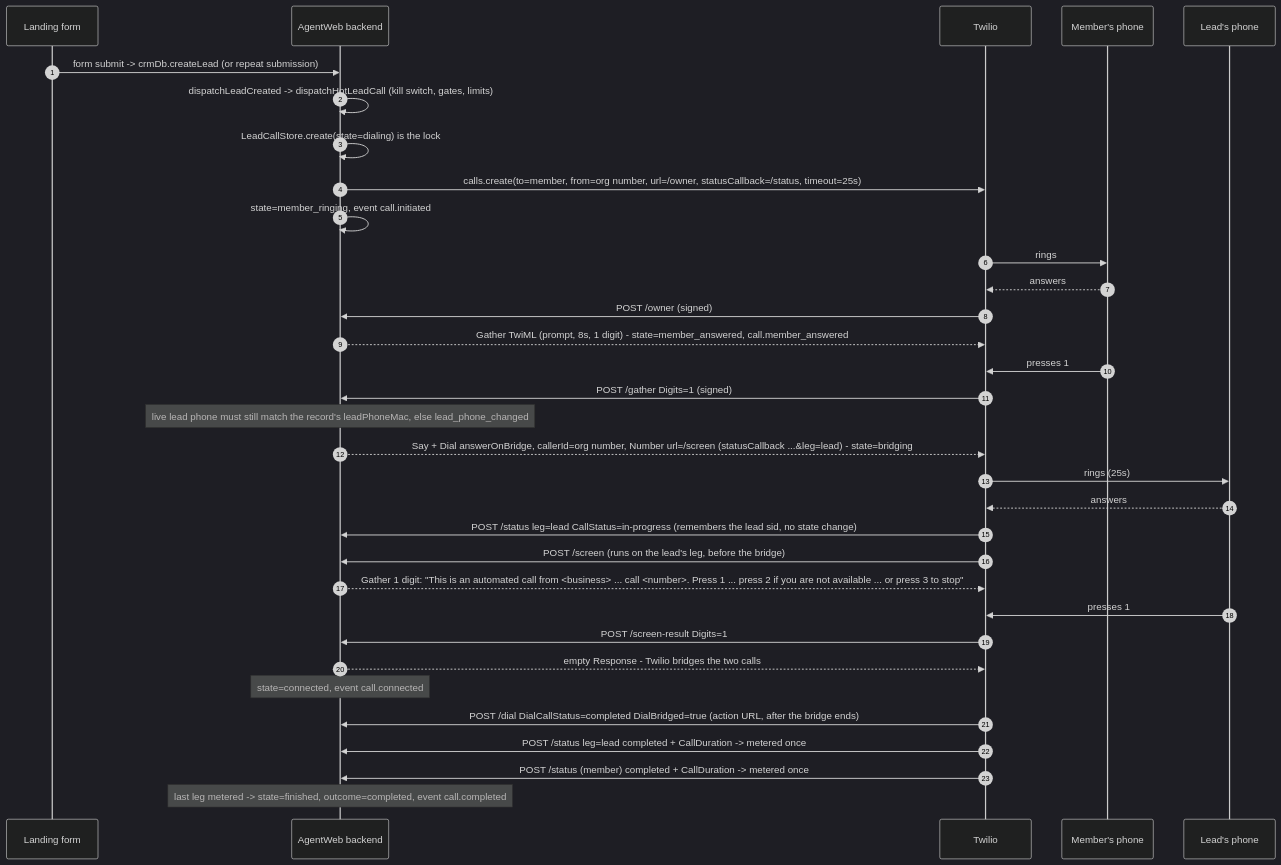
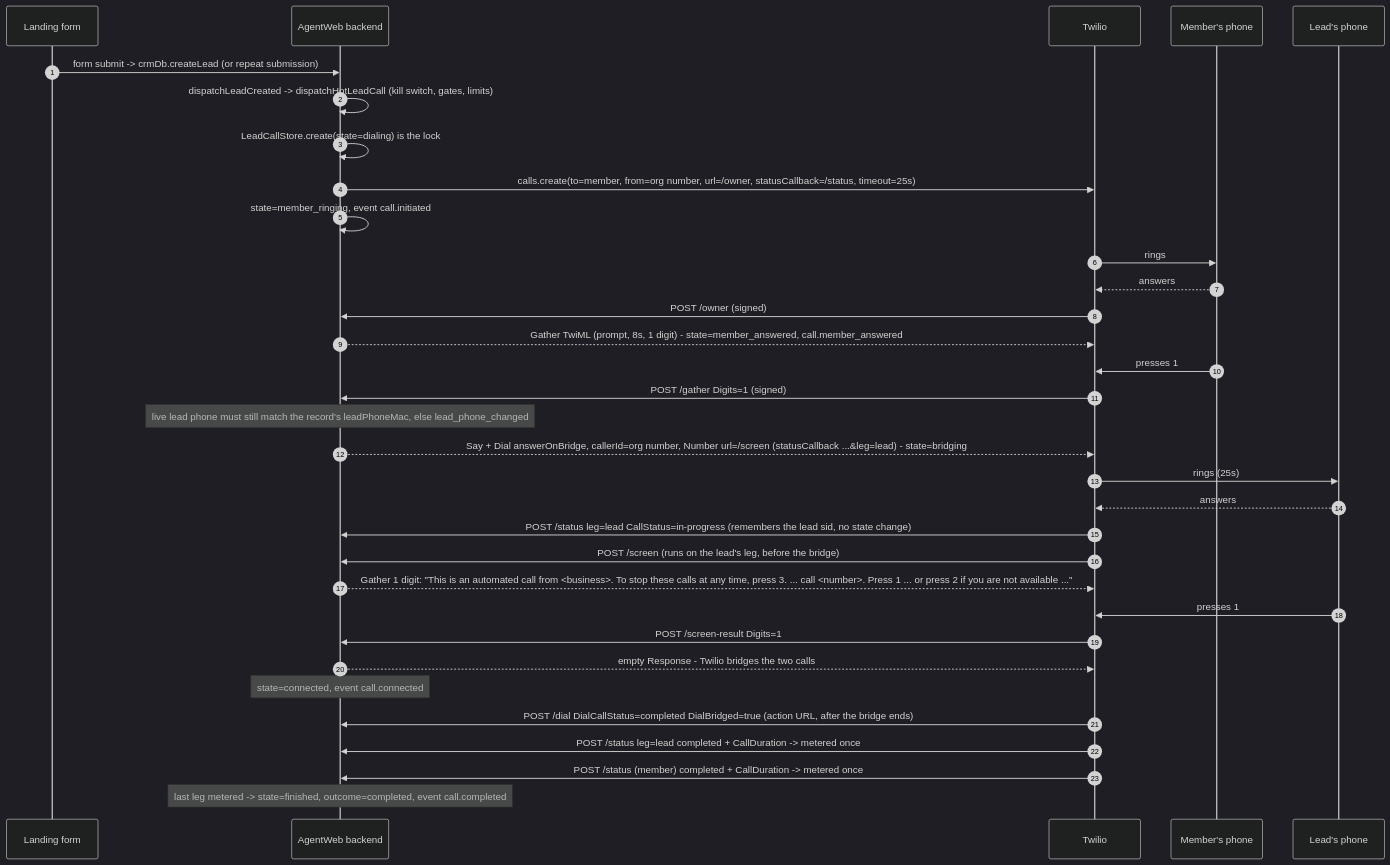
Before and after one commit to kvnloo/agentweb-backup: the first of 2 diagrams in backend/docs/integrations/hot-lead-call.md, drawn with Mermaid (dark theme). The commit also changed other lines of this file and 8 other files, not shown here.

Commit message:
ENG-2783: lead call script names the caller and offers press 3 first

````diff
--- a/backend/docs/integrations/hot-lead-call.md
+++ b/backend/docs/integrations/hot-lead-call.md
@@ -46,36 +46,36 @@
 ```mermaid
 sequenceDiagram
   autonumber
   participant Lead as Landing form
   participant App as AgentWeb backend
   participant Tw as Twilio
   participant Member as Member's phone
   participant LeadPhone as Lead's phone
 
   Lead->>App: form submit -> crmDb.createLead (or repeat submission)
   App->>App: dispatchLeadCreated -> dispatchHotLeadCall (kill switch, gates, limits)
   App->>App: LeadCallStore.create(state=dialing) is the lock
   App->>Tw: calls.create(to=member, from=org number, url=/owner, statusCallback=/status, timeout=25s)
   App->>App: state=member_ringing, event call.initiated
   Tw->>Member: rings
   Member-->>Tw: answers
   Tw->>App: POST /owner (signed)
   App-->>Tw: Gather TwiML (prompt, 8s, 1 digit) - state=member_answered, call.member_answered
   Member->>Tw: presses 1
   Tw->>App: POST /gather Digits=1 (signed)
   Note over App: live lead phone must still match the record's leadPhoneMac, else lead_phone_changed
   App-->>Tw: Say + Dial answerOnBridge, callerId=org number, Number url=/screen (statusCallback ...&leg=lead) - state=bridging
   Tw->>LeadPhone: rings (25s)
   LeadPhone-->>Tw: answers
   Tw->>App: POST /status leg=lead CallStatus=in-progress (remembers the lead sid, no state change)
   Tw->>App: POST /screen (runs on the lead's leg, before the bridge)
-  App-->>Tw: Gather 1 digit: "This is an automated call from <business> ... call <number>. Press 1 ... press 2 if you are not available ... or press 3 to stop"
+  App-->>Tw: Gather 1 digit: "This is an automated call from <business>. To stop these calls at any time, press 3. ... call <number>. Press 1 ... or press 2 if you are not available ..."
   LeadPhone->>Tw: presses 1
   Tw->>App: POST /screen-result Digits=1
   App-->>Tw: empty Response - Twilio bridges the two calls
   Note over App: state=connected, event call.connected
   Tw->>App: POST /dial DialCallStatus=completed DialBridged=true (action URL, after the bridge ends)
   Tw->>App: POST /status leg=lead completed + CallDuration  -> metered once
   Tw->>App: POST /status (member) completed + CallDuration   -> metered once
   Note over App: last leg metered -> state=finished, outcome=completed, event call.completed
 ```
````
